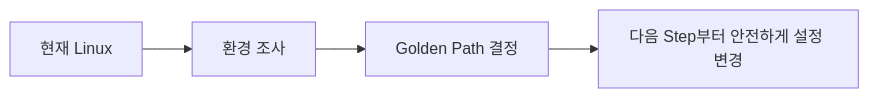
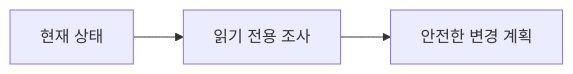
The first of 11 diagrams in training/round-01-clear/BEGINNER-GUIDE.md (MetaStudy999/codyssey-basic-b1-1-system-monitor), drawn with Mermaid before and after one commit. The commit also changed other lines of this file, not shown here.

````diff
--- a/training/round-01-clear/BEGINNER-GUIDE.md
+++ b/training/round-01-clear/BEGINNER-GUIDE.md
@@ -196,6 +96,5 @@
 ```mermaid
 flowchart LR
-    A[현재 Linux] --> B[환경 조사]
-    B --> C[Golden Path 결정]
-    C --> D[다음 Step부터 안전하게 설정 변경]
+    A[현재 상태] --> B[읽기 전용 조사]
+    B --> C[안전한 변경 계획]
 ```
````
